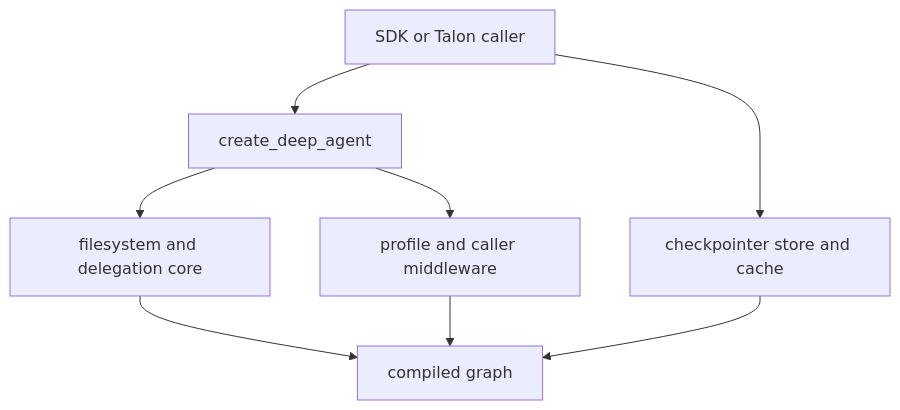
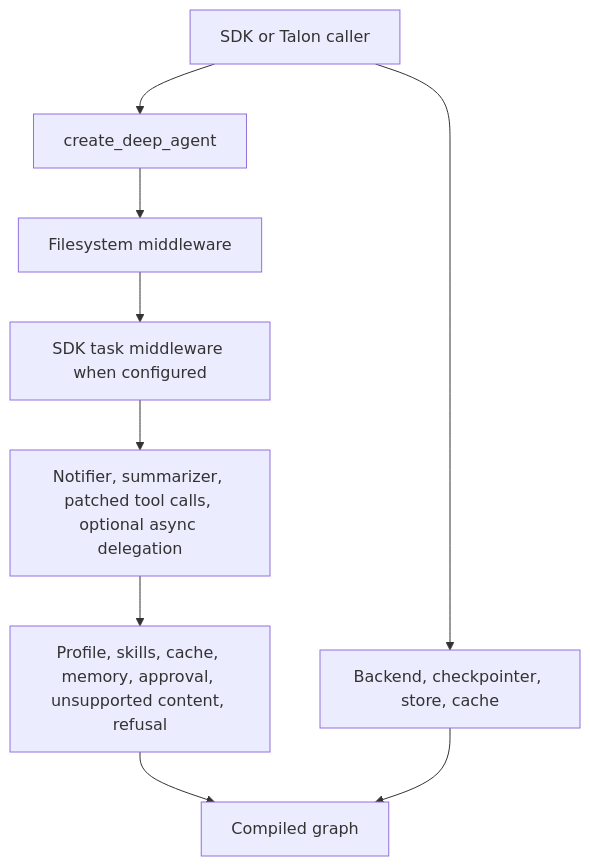
Before and after one commit to langchain-ai/deepagents: the first of 3 diagrams in openwiki/architecture/source-map.md, drawn with Mermaid. The commit also changed other lines of this file and 25 other files, not shown here.

````diff
--- a/openwiki/architecture/source-map.md
+++ b/openwiki/architecture/source-map.md
@@ -72,10 +95,11 @@
 ```mermaid
 flowchart TD
   Caller["SDK or Talon caller"] --> Build["create_deep_agent"]
-  Build --> Core["filesystem and delegation core"]
-  Build --> Custom["profile and caller middleware"]
-  Core --> Graph["compiled graph"]
-  Custom --> Graph
-  Caller --> Persistence["checkpointer store and cache"]
-  Persistence --> Graph
+  Build --> FS["Filesystem middleware"]
+  FS --> Task["SDK task middleware when configured"]
+  Task --> Core["Notifier, summarizer, patched tool calls, optional async delegation"]
+  Core --> Tail["Profile, skills, cache, memory, approval, unsupported content, refusal"]
+  Tail --> Compile["Compiled graph"]
+  Caller --> Deps["Backend, checkpointer, store, cache"]
+  Deps --> Compile
 ```
````
